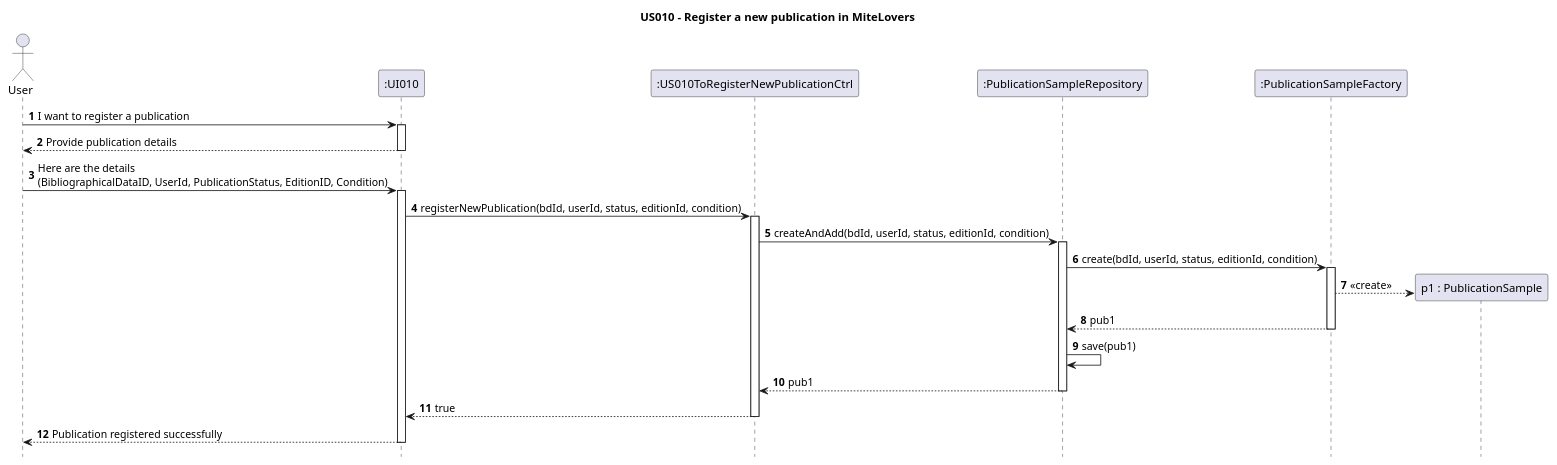
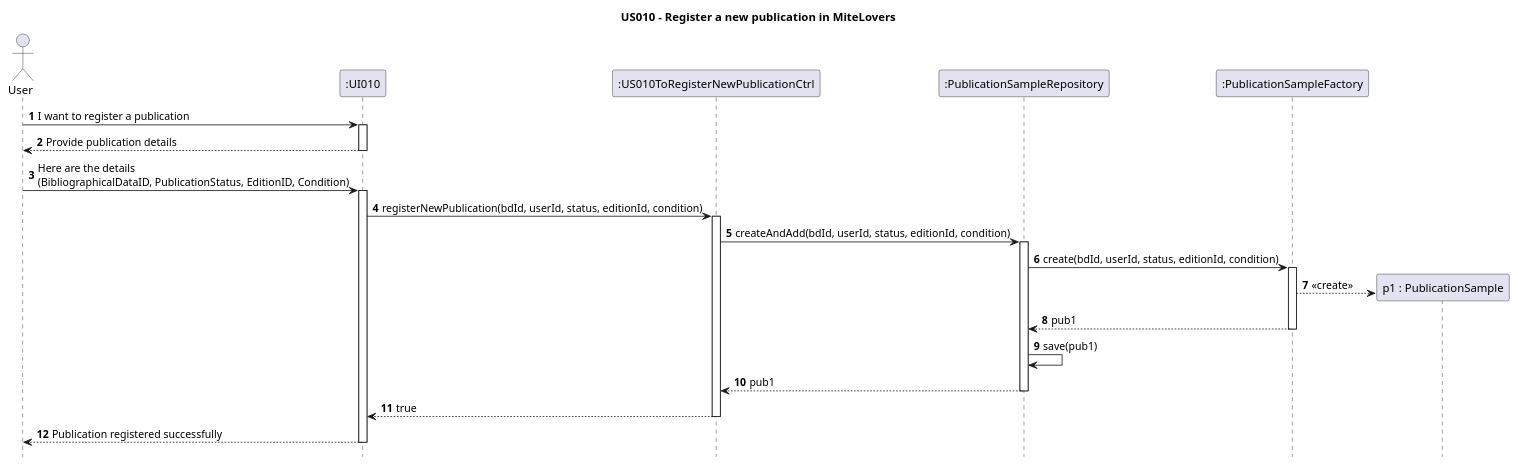
One commit to AndrePereiraGitH/SWitCH-Project-Team_A changed the diagram in Diagrams/SequenceDiagrams/N2/US010-to-register-a-publication-to-add-to-library.puml. Above: the diagram before and after it, drawn with PlantUML.

Commit message:
Docs #561 (US010): correction to the SD diagram following feedback from PR

```diff
--- a/Diagrams/SequenceDiagrams/N2/US010-to-register-a-publication-to-add-to-library.puml
+++ b/Diagrams/SequenceDiagrams/N2/US010-to-register-a-publication-to-add-to-library.puml
@@ -1,47 +1,47 @@
 @startuml
 hide footbox
 autonumber
 title US010 - Register a new publication in MiteLovers
 
 actor User
 participant ":UI010" as UI
 participant ":US010ToRegisterNewPublicationCtrl" as Ctrl
 participant ":PublicationSampleRepository" as SystemRepo
 participant ":PublicationSampleFactory" as Factory
 
 User -> UI : I want to register a publication
 activate UI
 
 UI --> User : Provide publication details
 deactivate UI
 
-User -> UI : Here are the details \n(BibliographicalDataID, UserId, PublicationStatus, EditionID, Condition)
+User -> UI : Here are the details \n(BibliographicalDataID, PublicationStatus, EditionID, Condition)
 activate UI
 
 UI -> Ctrl : registerNewPublication(bdId, userId, status, editionId, condition)
 activate Ctrl
 
 Ctrl -> SystemRepo : createAndAdd(bdId, userId, status, editionId, condition)
 activate SystemRepo
 
 SystemRepo -> Factory : create(bdId, userId, status, editionId, condition)
 activate Factory
 
 create "p1 : PublicationSample" as pub1
 Factory --> pub1 : «create»
 
 Factory --> SystemRepo : pub1
 deactivate Factory
 
 SystemRepo -> SystemRepo : save(pub1)
 
 SystemRepo --> Ctrl : pub1
 deactivate SystemRepo
 
 Ctrl --> UI : true
 deactivate Ctrl
 
 UI --> User : Publication registered successfully
 deactivate UI
 
 @enduml
```
